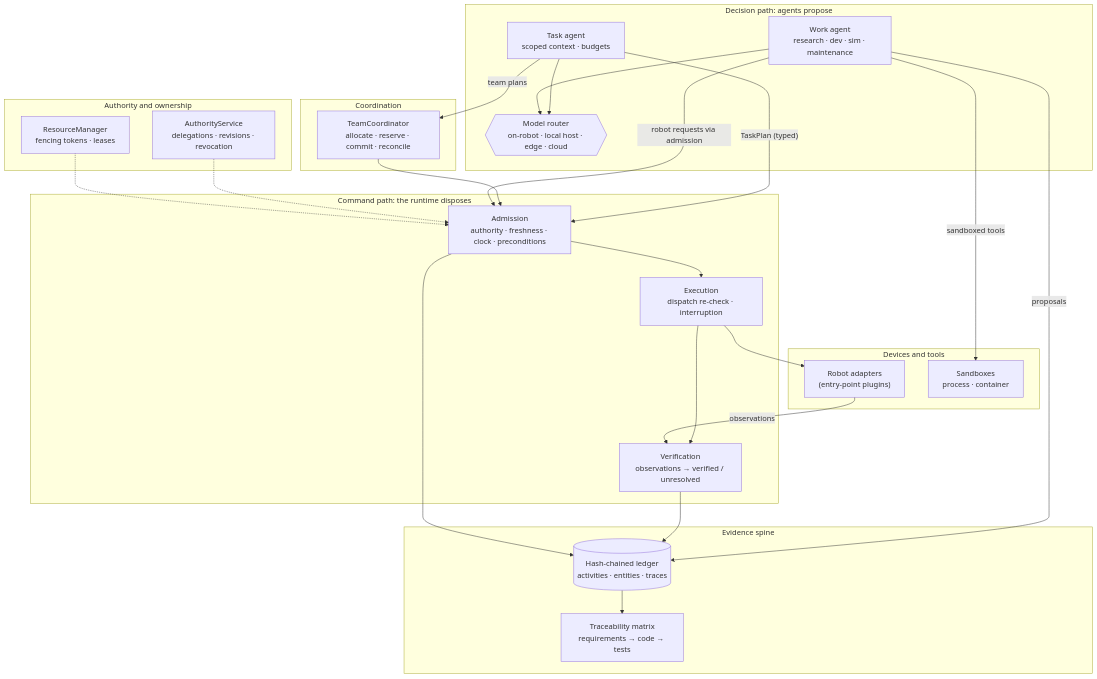
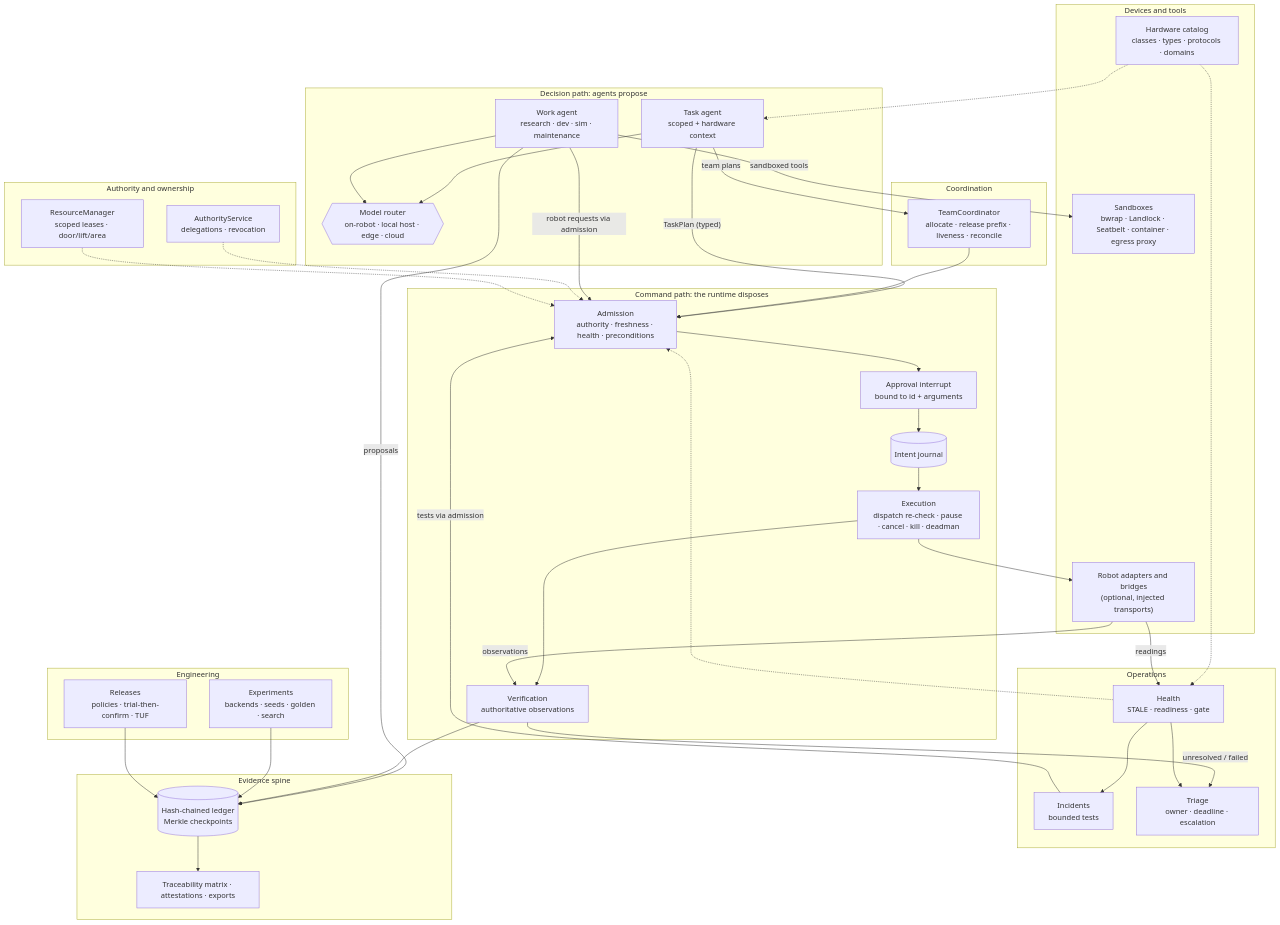
Before and after one commit to aroun-coumar/AIR: the third of 3 diagrams in README.md, drawn with Mermaid. The commit also changed other lines of this file, not shown here.

````diff
--- a/README.md
+++ b/README.md
@@ -287,50 +352,73 @@
 ```mermaid
 flowchart TB
     subgraph Decision["Decision path: agents propose"]
-        TA["Task agent<br/>scoped context · budgets"]
+        TA["Task agent<br/>scoped + hardware context"]
         WA["Work agent<br/>research · dev · sim · maintenance"]
         MR{{"Model router<br/>on-robot · local host · edge · cloud"}}
         TA --> MR
         WA --> MR
     end
 
     subgraph Control["Command path: the runtime disposes"]
-        ADM["Admission<br/>authority · freshness · clock · preconditions"]
-        EXE["Execution<br/>dispatch re-check · interruption"]
-        VER["Verification<br/>observations → verified / unresolved"]
-        ADM --> EXE --> VER
+        ADM["Admission<br/>authority · freshness · health · preconditions"]
+        APR["Approval interrupt<br/>bound to id + arguments"]
+        JR[("Intent journal")]
+        EXE["Execution<br/>dispatch re-check · pause · cancel · kill · deadman"]
+        VER["Verification<br/>authoritative observations"]
+        ADM --> APR --> JR --> EXE --> VER
     end
 
     subgraph Guards["Authority and ownership"]
-        AUTH["AuthorityService<br/>delegations · revisions · revocation"]
-        RES["ResourceManager<br/>fencing tokens · leases"]
+        AUTH["AuthorityService<br/>delegations · revocation"]
+        RES["ResourceManager<br/>scoped leases · door/lift/area"]
     end
 
     subgraph Team["Coordination"]
-        CO["TeamCoordinator<br/>allocate · reserve · commit · reconcile"]
+        CO["TeamCoordinator<br/>allocate · release prefix · liveness · reconcile"]
+    end
+
+    subgraph Ops["Operations"]
+        HE["Health<br/>STALE · readiness · gate"]
+        INC["Incidents<br/>bounded tests"]
+        TRI["Triage<br/>owner · deadline · escalation"]
+    end
+
+    subgraph Eng["Engineering"]
+        EXP["Experiments<br/>backends · seeds · golden · search"]
+        REL["Releases<br/>policies · trial-then-confirm · TUF"]
     end
 
     subgraph Edge["Devices and tools"]
-        AD["Robot adapters<br/>(entry-point plugins)"]
-        SB["Sandboxes<br/>process · container"]
+        HW["Hardware catalog<br/>classes · types · protocols · domains"]
+        AD["Robot adapters and bridges<br/>(optional, injected transports)"]
+        SB["Sandboxes<br/>bwrap · Landlock · Seatbelt · container · egress proxy"]
     end
 
     subgraph Evidence["Evidence spine"]
-        LED[("Hash-chained ledger<br/>activities · entities · traces")]
-        TR["Traceability matrix<br/>requirements → code → tests"]
+        LED[("Hash-chained ledger<br/>Merkle checkpoints")]
+        TR["Traceability matrix · attestations · exports"]
     end
 
     TA -- "TaskPlan (typed)" --> ADM
     TA -- "team plans" --> CO
     CO --> ADM
     WA -- "sandboxed tools" --> SB
     WA -- "robot requests via admission" --> ADM
     WA -- "proposals" --> LED
     AUTH -.-> ADM
     RES -.-> ADM
+    HE -.-> ADM
+    HW -.-> HE
+    HW -.-> TA
     EXE --> AD
     AD -- "observations" --> VER
+    AD -- "readings" --> HE
     VER --> LED
-    ADM --> LED
+    VER -- "unresolved / failed" --> TRI
+    HE --> TRI
+    HE --> INC
+    INC -- "tests via admission" --> ADM
+    EXP --> LED
+    REL --> LED
     LED --> TR
 ```
````
